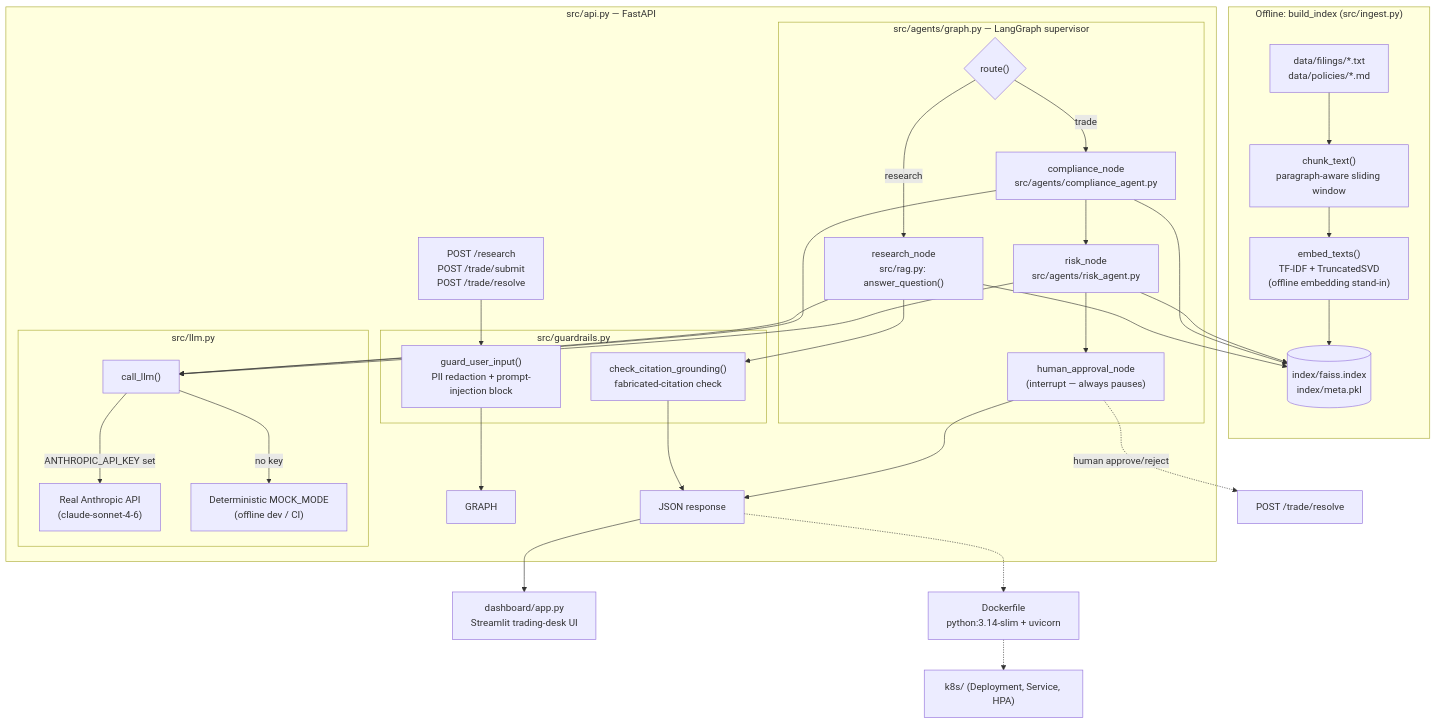
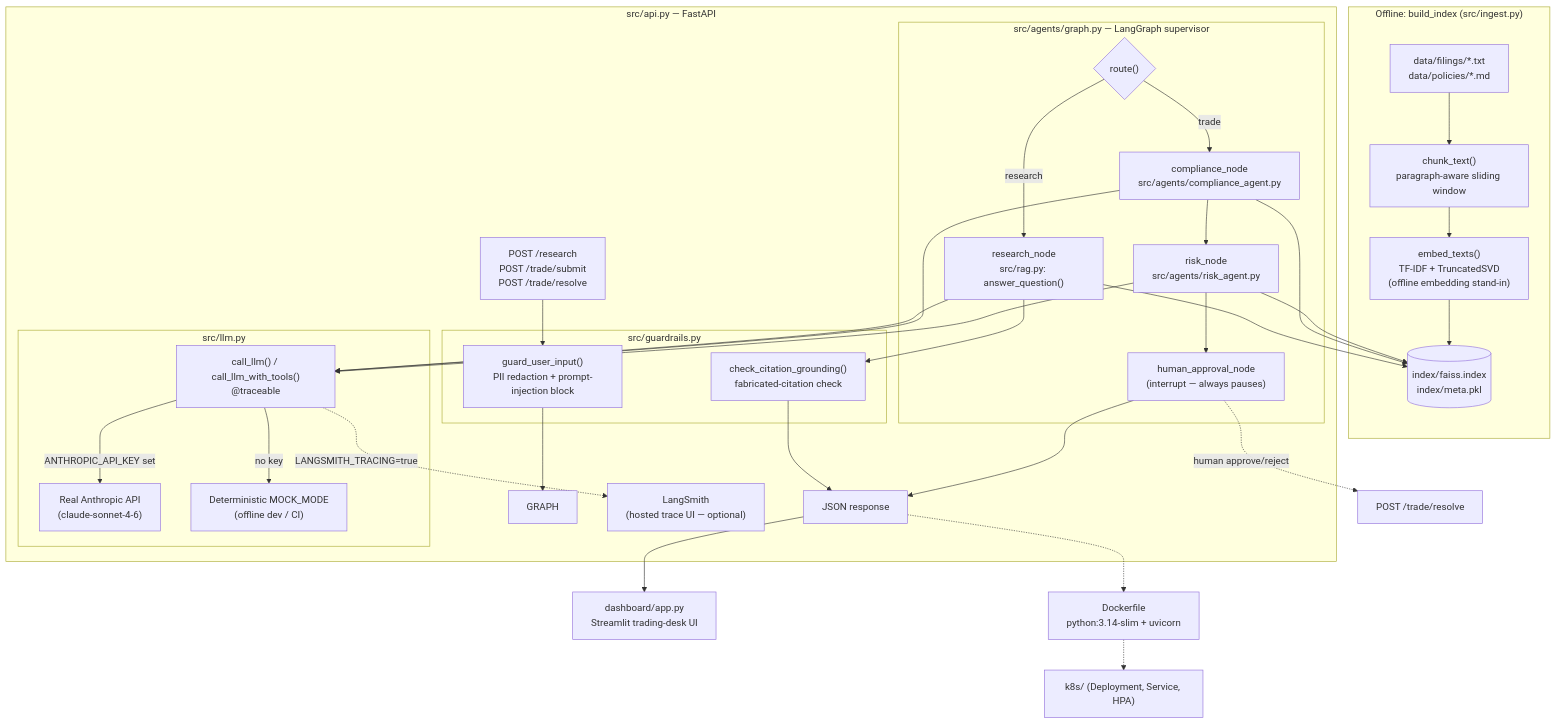
One commit to sriramtummala/market-mind changed the first of 4 diagrams in README.md. Above: the diagram before and after it, drawn with Mermaid. The commit also changed other lines of this file and 12 other files, not shown here.

````diff
--- a/README.md
+++ b/README.md
@@ -9,51 +9,53 @@
 ```mermaid
 flowchart TD
     subgraph Ingestion["Offline: build_index (src/ingest.py)"]
         DOCS["data/filings/*.txt\ndata/policies/*.md"] --> CHUNK["chunk_text()\nparagraph-aware sliding window"]
         CHUNK --> EMBED["embed_texts()\nTF-IDF + TruncatedSVD\n(offline embedding stand-in)"]
         EMBED --> FAISS[("index/faiss.index\nindex/meta.pkl")]
     end
 
     subgraph Serving["src/api.py — FastAPI"]
         REQ["POST /research\nPOST /trade/submit\nPOST /trade/resolve"] --> GUARD
 
         subgraph Guardrails["src/guardrails.py"]
             GUARD["guard_user_input()\nPII redaction + prompt-injection block"]
             GROUND["check_citation_grounding()\nfabricated-citation check"]
         end
 
         GUARD --> GRAPH
 
         subgraph Orchestration["src/agents/graph.py — LangGraph supervisor"]
             ROUTE{"route()"}
             ROUTE -->|research| RESEARCH["research_node\nsrc/rag.py: answer_question()"]
             ROUTE -->|trade| COMPLY["compliance_node\nsrc/agents/compliance_agent.py"]
             COMPLY --> RISK["risk_node\nsrc/agents/risk_agent.py"]
             RISK --> APPROVAL["human_approval_node\n(interrupt — always pauses)"]
         end
 
         RESEARCH --> FAISS
         COMPLY --> FAISS
         RISK --> FAISS
 
         RESEARCH --> LLM
         COMPLY --> LLM
         RISK --> LLM
 
         subgraph LLMWrapper["src/llm.py"]
-            LLM["call_llm()"]
+            LLM["call_llm() / call_llm_with_tools()\n@traceable"]
             LLM -->|ANTHROPIC_API_KEY set| REAL["Real Anthropic API\n(claude-sonnet-4-6)"]
             LLM -->|no key| MOCK["Deterministic MOCK_MODE\n(offline dev / CI)"]
         end
+
+        LLM -.->|LANGSMITH_TRACING=true| LANGSMITH["LangSmith\n(hosted trace UI — optional)"]
 
         RESEARCH --> GROUND
         GROUND --> RESP["JSON response"]
         APPROVAL --> RESP
     end
 
     RESP --> UI["dashboard/app.py\nStreamlit trading-desk UI"]
     APPROVAL -.->|human approve/reject| RESOLVE["POST /trade/resolve"]
 
     RESP -.-> DOCKER["Dockerfile\npython:3.14-slim + uvicorn"]
     DOCKER -.-> K8S["k8s/ (Deployment, Service, HPA)"]
 ```
````
